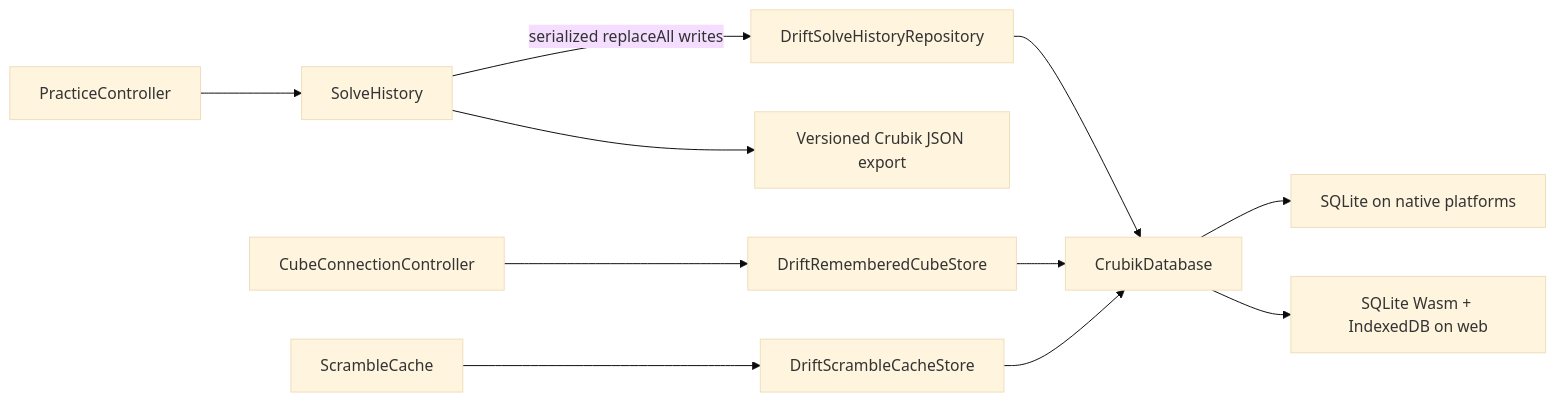
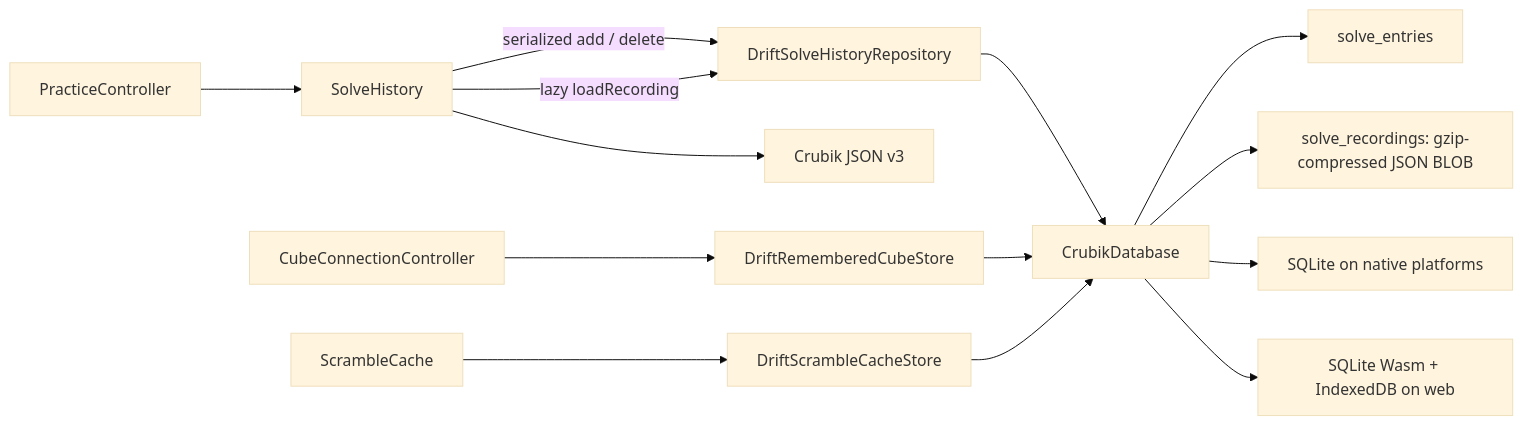
One commit to Hyponauts/Crubik changed the fourth of 4 diagrams in docs/architecture.md. Above: the diagram before and after it, drawn with Mermaid (base theme). The commit also changed other lines of this file and 46 other files, not shown here.

````diff
--- a/docs/architecture.md
+++ b/docs/architecture.md
@@ -229,13 +261,16 @@
 ```mermaid
 flowchart LR
     Practice["PracticeController"] --> History["SolveHistory"]
-    History -->|serialized replaceAll writes| SolveRepo["DriftSolveHistoryRepository"]
+    History -->|serialized add / delete| SolveRepo["DriftSolveHistoryRepository"]
     Connection["CubeConnectionController"] --> Remembered["DriftRememberedCubeStore"]
     Cache["ScrambleCache"] --> ScrambleStore["DriftScrambleCacheStore"]
     SolveRepo --> DB["CrubikDatabase"]
     Remembered --> DB
+    DB --> Summaries["solve_entries"]
+    DB --> Recordings["solve_recordings: gzip-compressed JSON BLOB"]
     ScrambleStore --> DB
     DB --> Native["SQLite on native platforms"]
     DB --> Web["SQLite Wasm + IndexedDB on web"]
-    History --> Export["Versioned Crubik JSON export"]
+    History -->|lazy loadRecording| SolveRepo
+    History --> Export["Crubik JSON v3"]
 ```
````
